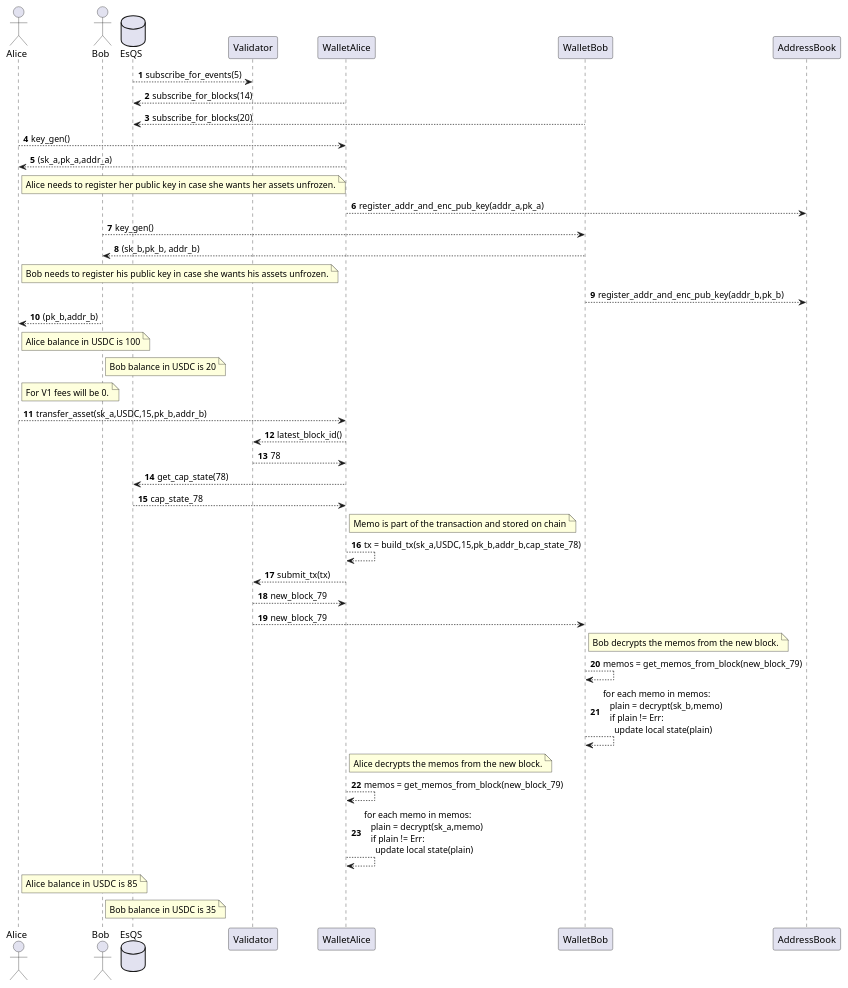
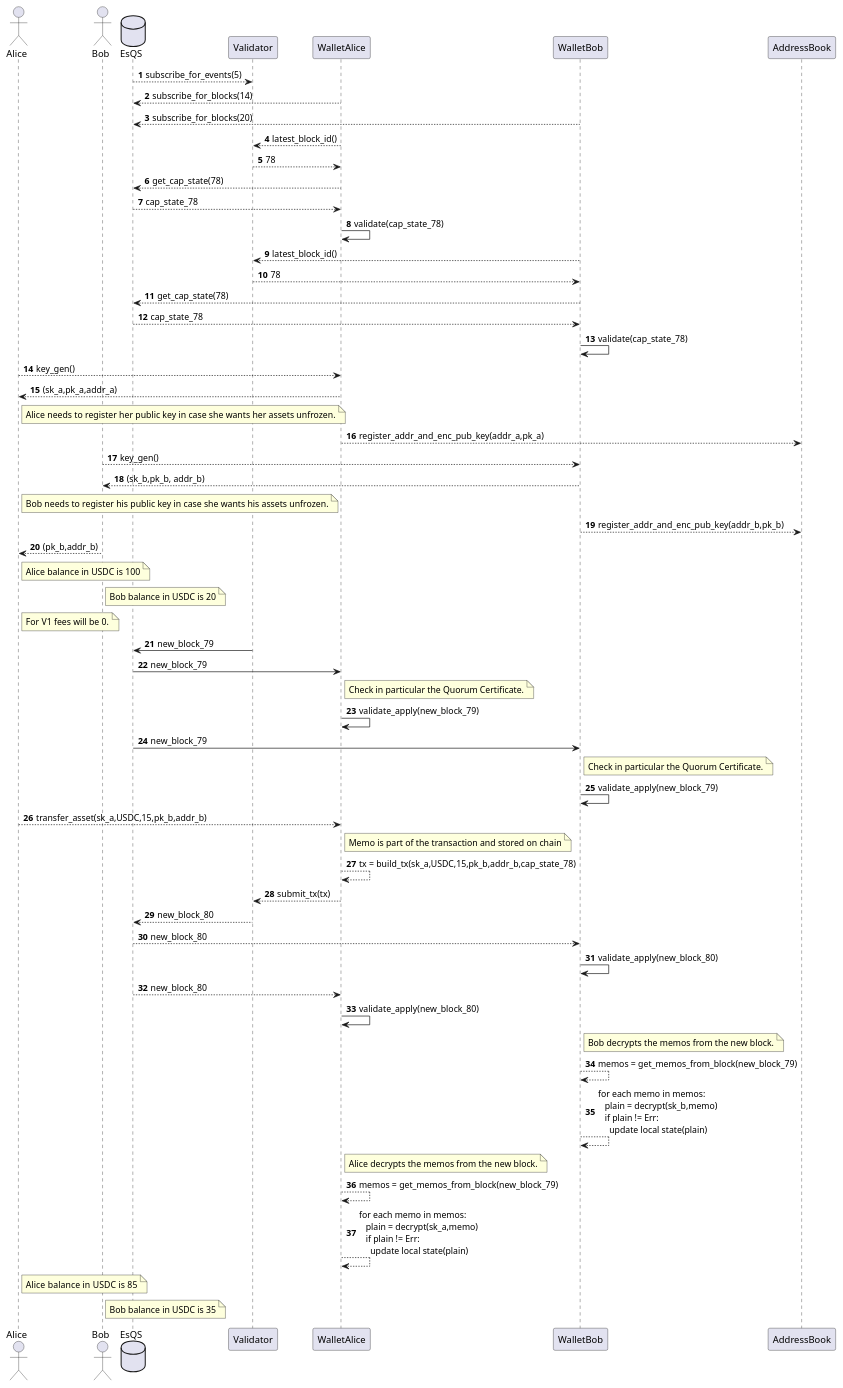
Before and after one commit to EspressoSystems/espresso: the diagram in doc/architecture/simple_transfer_seq_diagram.puml, drawn with PlantUML.

Commit message:
Wallets only fetch the cap state when they start, then they update the state locally based on "new block" events.

```diff
--- a/doc/architecture/simple_transfer_seq_diagram.puml
+++ b/doc/architecture/simple_transfer_seq_diagram.puml
@@ -1,81 +1,111 @@
 @startuml
 autonumber
 Actor Alice
 Actor Bob
 Database EsQS
 
 EsQS --> Validator: subscribe_for_events(5)
 
 WalletAlice --> EsQS: subscribe_for_blocks(14)
 WalletBob --> EsQS: subscribe_for_blocks(20)
+
+WalletAlice --> Validator: latest_block_id()
+Validator --> WalletAlice: 78
+
+WalletAlice --> EsQS: get_cap_state(78)
+EsQS --> WalletAlice: cap_state_78
+
+
+WalletAlice -> WalletAlice: validate(cap_state_78)
+
+WalletBob --> Validator: latest_block_id()
+Validator --> WalletBob: 78
+
+WalletBob --> EsQS: get_cap_state(78)
+EsQS --> WalletBob: cap_state_78
+WalletBob -> WalletBob: validate(cap_state_78)
+
 
 Alice --> WalletAlice: key_gen()
 WalletAlice --> Alice: (sk_a,pk_a,addr_a)
 
 note right Alice
 Alice needs to register her public key in case she wants her assets unfrozen.
 end note
 WalletAlice --> AddressBook: register_addr_and_enc_pub_key(addr_a,pk_a)
 
 Bob --> WalletBob: key_gen()
 WalletBob --> Bob: (sk_b,pk_b, addr_b)
 
 note right Alice
 Bob needs to register his public key in case she wants his assets unfrozen.
 end note
 WalletBob --> AddressBook: register_addr_and_enc_pub_key(addr_b,pk_b)
 
 Bob --> Alice: (pk_b,addr_b)
 
 note right Alice
 Alice balance in USDC is 100
 end note
 
 note right Bob
 Bob balance in USDC is 20
 end note
 
 note right Alice
 For V1 fees will be 0.
 end note
 
+Validator -> EsQS: new_block_79
+
+EsQS -> WalletAlice: new_block_79
+note right WalletAlice
+Check in particular the Quorum Certificate.
+end note
+WalletAlice -> WalletAlice: validate_apply(new_block_79)
+
+EsQS -> WalletBob: new_block_79
+note right WalletBob
+Check in particular the Quorum Certificate.
+end note
+WalletBob -> WalletBob: validate_apply(new_block_79)
+
 Alice --> WalletAlice: transfer_asset(sk_a,USDC,15,pk_b,addr_b)
 
-WalletAlice --> Validator: latest_block_id()
-Validator --> WalletAlice: 78
-WalletAlice --> EsQS: get_cap_state(78)
-EsQS --> WalletAlice: cap_state_78
 
 note right WalletAlice
 Memo is part of the transaction and stored on chain
 end note
 
 WalletAlice --> WalletAlice: tx = build_tx(sk_a,USDC,15,pk_b,addr_b,cap_state_78)
 
 WalletAlice --> Validator: submit_tx(tx)
 
-Validator --> WalletAlice:new_block_79
-Validator --> WalletBob:new_block_79
+Validator --> EsQS :new_block_80
+EsQS --> WalletBob:new_block_80
+WalletBob -> WalletBob: validate_apply(new_block_80)
+EsQS --> WalletAlice:new_block_80
+WalletAlice -> WalletAlice: validate_apply(new_block_80)
 
 note right WalletBob
 Bob decrypts the memos from the new block.
 end note
 WalletBob --> WalletBob: memos = get_memos_from_block(new_block_79)
 WalletBob --> WalletBob: for each memo in memos: \n   plain = decrypt(sk_b,memo) \n   if plain != Err: \n     update local state(plain)
 
 note right WalletAlice
 Alice decrypts the memos from the new block.
 end note
 WalletAlice --> WalletAlice: memos = get_memos_from_block(new_block_79)
 WalletAlice --> WalletAlice: for each memo in memos: \n   plain = decrypt(sk_a,memo) \n   if plain != Err: \n     update local state(plain)
 
 note right Alice
 Alice balance in USDC is  85
 end note
 
 note right Bob
 Bob balance in USDC is 35
 end note
 
 
 @enduml
```
